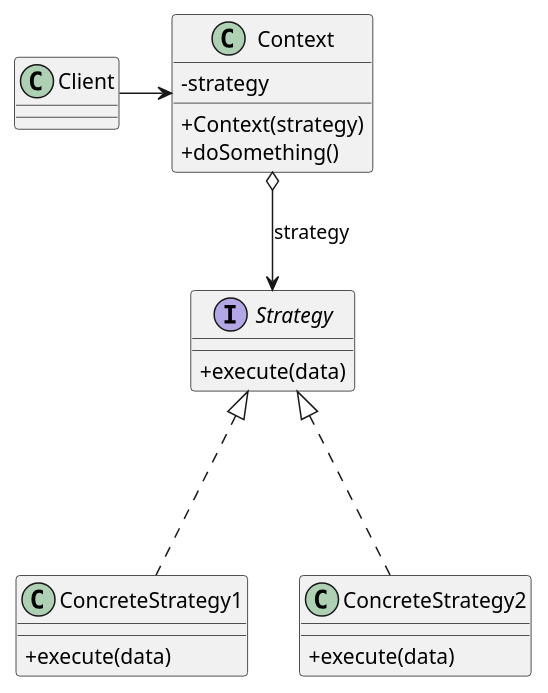
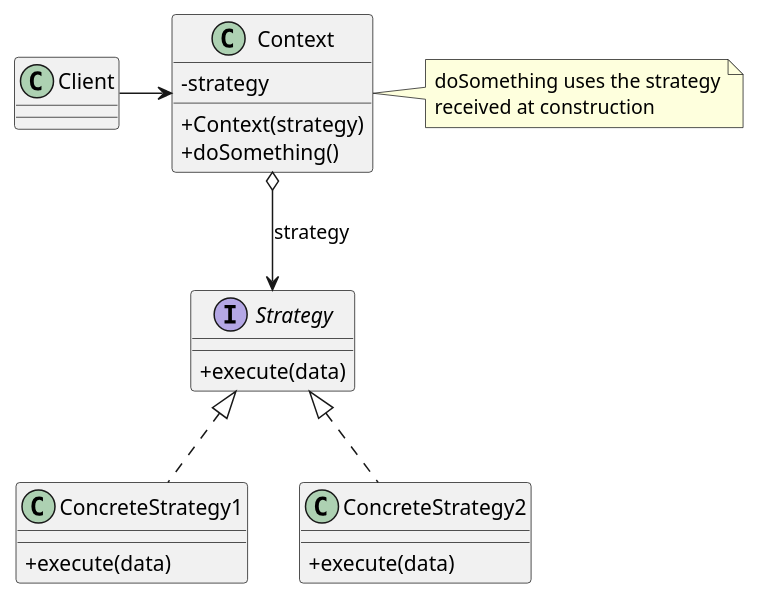
Before and after one commit to isel-leirt-mds/mds-leirt-2026: the diagram in patterns/strategy.puml, drawn with PlantUML. The commit also changed 21 other files, not shown here.

```diff
--- a/patterns/strategy.puml
+++ b/patterns/strategy.puml
@@ -1,30 +1,34 @@
 @startuml
 'skinparam style strictuml
 skinparam classAttributeIconSize 0
 
 class Context {
  -strategy
  +Context(strategy)
  +doSomething()
 }
 
 interface Strategy {
   +execute(data)
 }
 
 class ConcreteStrategy1 {
   +execute(data)
 }
 
 class ConcreteStrategy2 {
   +execute(data)
 }
 
-Strategy <|... ConcreteStrategy1
-Strategy <|... ConcreteStrategy2
+Strategy <|.. ConcreteStrategy1
+Strategy <|.. ConcreteStrategy2
 
 Context o--> Strategy : strategy
 
 Client -> Context
 
+note right of Context
+    doSomething uses the strategy
+    received at construction
+end note
 @enduml
```
